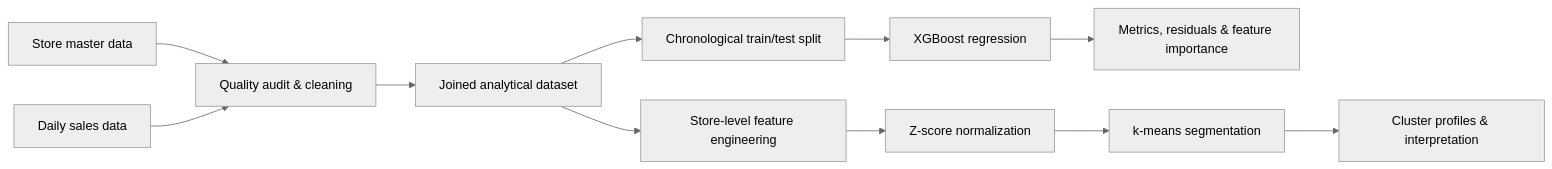
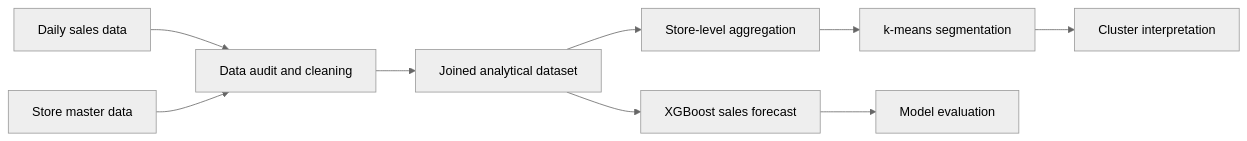
Before and after one commit to Ventus652/retail-sales-forecasting-knime: the diagram in README.md, drawn with Mermaid (neutral theme). The commit also changed other lines of this file, not shown here.

````diff
--- a/README.md
+++ b/README.md
@@ -35,13 +35,11 @@
 ```mermaid
 flowchart LR
-    A[Store master data] --> C[Quality audit & cleaning]
-    B[Daily sales data] --> C
+    A[Daily sales data] --> C[Data audit and cleaning]
+    B[Store master data] --> C
     C --> D[Joined analytical dataset]
-    D --> E[Chronological train/test split]
-    E --> F[XGBoost regression]
-    F --> G[Metrics, residuals & feature importance]
-    D --> H[Store-level feature engineering]
-    H --> I[Z-score normalization]
-    I --> J[k-means segmentation]
-    J --> K[Cluster profiles & interpretation]
+    D --> E[XGBoost sales forecast]
+    D --> F[Store-level aggregation]
+    F --> G[k-means segmentation]
+    E --> H[Model evaluation]
+    G --> I[Cluster interpretation]
 ```
````
